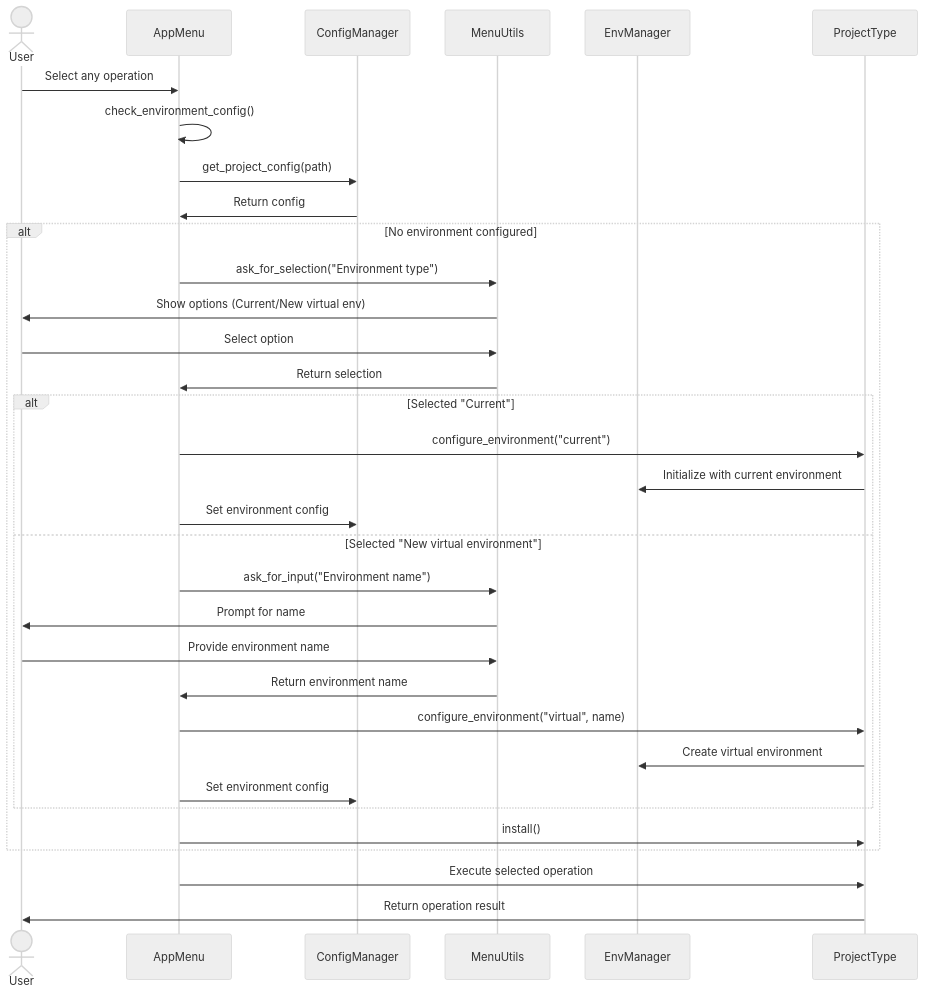
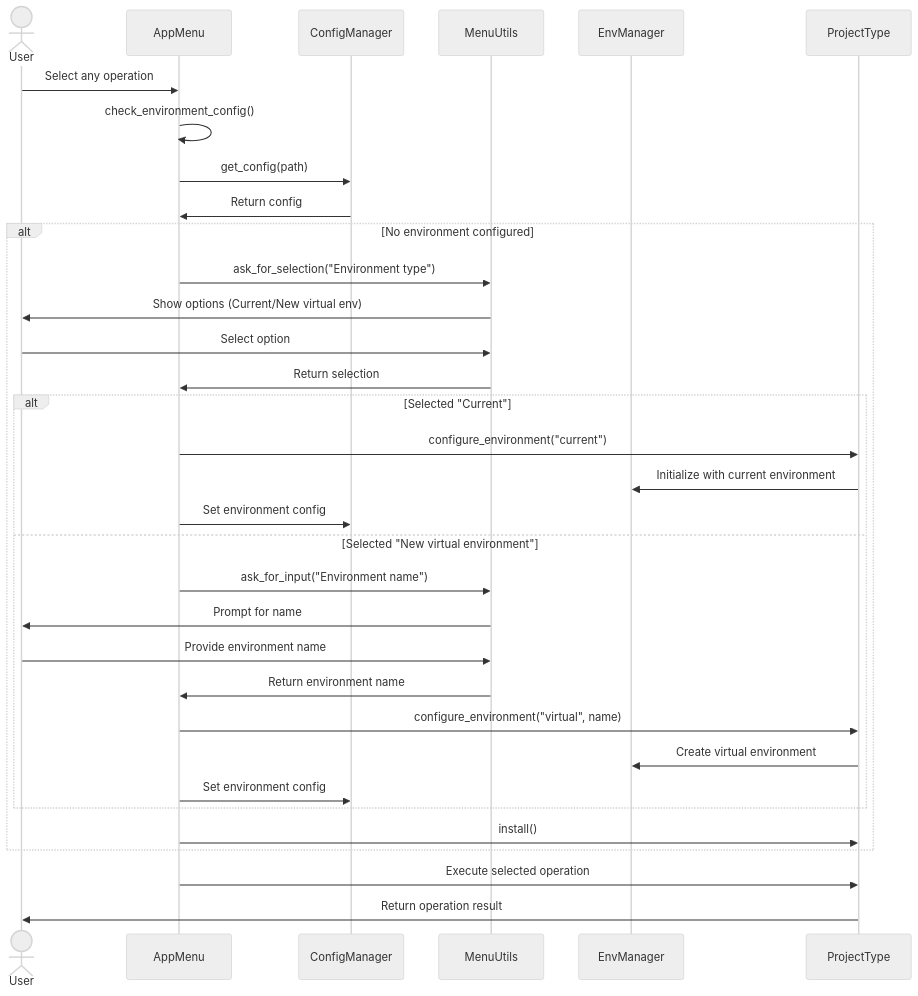
Before and after one commit to r4d4m4n71s/cicd_tools: the seventh of 10 diagrams in doc/cicd_tools_architecture_plan.md, drawn with Mermaid (neutral theme). The commit also changed other lines of this file and 12 other files, not shown here.

````diff
--- a/doc/cicd_tools_architecture_plan.md
+++ b/doc/cicd_tools_architecture_plan.md
@@ -342,40 +342,40 @@
 ```mermaid
 sequenceDiagram
     actor User
     participant AppMenu
     participant ConfigManager
     participant MenuUtils
     participant EnvManager
     participant ProjectType
     
     User->>AppMenu: Select any operation
     AppMenu->>AppMenu: check_environment_config()
-    AppMenu->>ConfigManager: get_project_config(path)
+    AppMenu->>ConfigManager: get_config(path)
     ConfigManager->>AppMenu: Return config
     
     alt No environment configured
         AppMenu->>MenuUtils: ask_for_selection("Environment type")
         MenuUtils->>User: Show options (Current/New virtual env)
         User->>MenuUtils: Select option
         MenuUtils->>AppMenu: Return selection
         
         alt Selected "Current"
             AppMenu->>ProjectType: configure_environment("current")
             ProjectType->>EnvManager: Initialize with current environment
             AppMenu->>ConfigManager: Set environment config
         else Selected "New virtual environment"
             AppMenu->>MenuUtils: ask_for_input("Environment name")
             MenuUtils->>User: Prompt for name
             User->>MenuUtils: Provide environment name
             MenuUtils->>AppMenu: Return environment name
             AppMenu->>ProjectType: configure_environment("virtual", name)
             ProjectType->>EnvManager: Create virtual environment
             AppMenu->>ConfigManager: Set environment config
         end
         
         AppMenu->>ProjectType: install()
     end
     
     AppMenu->>ProjectType: Execute selected operation
     ProjectType->>User: Return operation result
 ```
````
